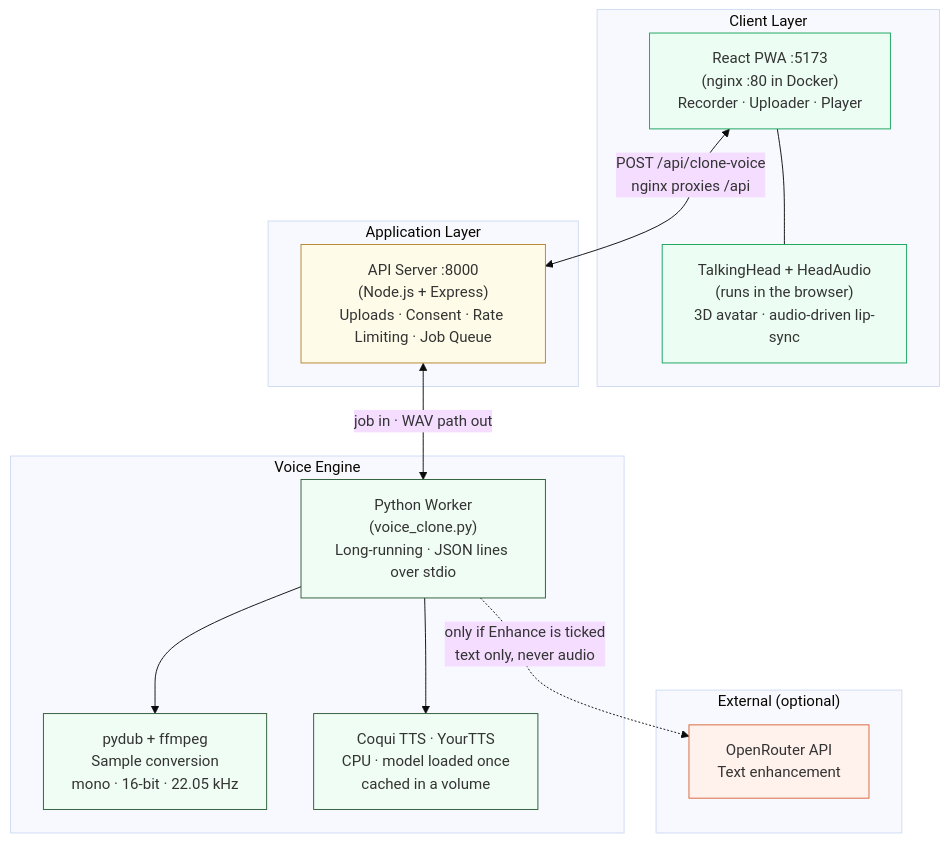
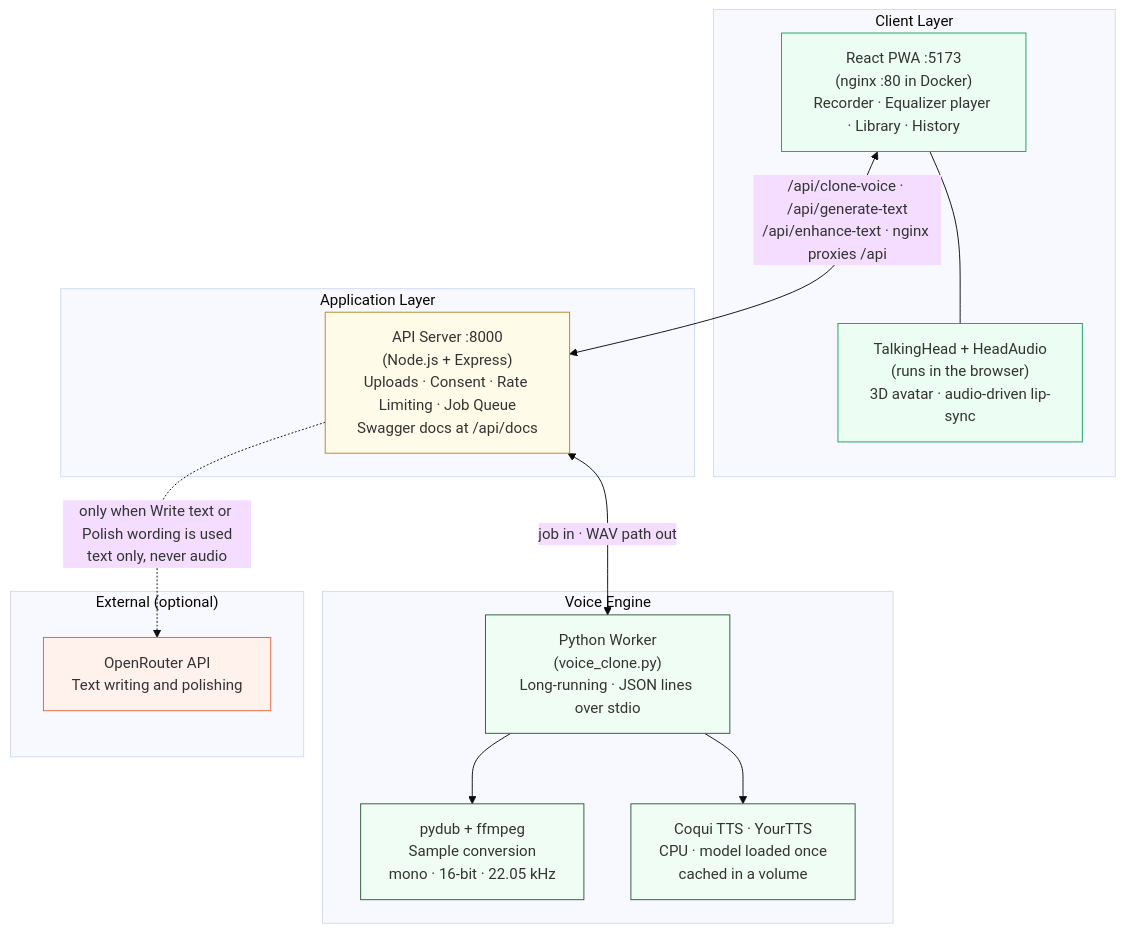
Before and after one commit to jbcanillo/echo: the diagram in README.md, drawn with Mermaid (base theme). The commit also changed other lines of this file and 25 other files, not shown here.

````diff
--- a/README.md
+++ b/README.md
@@ -33,38 +35,38 @@
 ```mermaid
 graph TB
     subgraph clientLayer["Client Layer"]
-        pwa["React PWA :5173<br/>(nginx :80 in Docker)<br/>Recorder · Uploader · Player"]
+        pwa["React PWA :5173<br/>(nginx :80 in Docker)<br/>Recorder · Equalizer player · Library · History"]
         avatar["TalkingHead + HeadAudio<br/>(runs in the browser)<br/>3D avatar · audio-driven lip-sync"]
     end
 
     subgraph appLayer["Application Layer"]
-        api["API Server :8000<br/>(Node.js + Express)<br/>Uploads · Consent · Rate Limiting · Job Queue"]
+        api["API Server :8000<br/>(Node.js + Express)<br/>Uploads · Consent · Rate Limiting · Job Queue<br/>Swagger docs at /api/docs"]
     end
 
     subgraph engineLayer["Voice Engine"]
         worker["Python Worker<br/>(voice_clone.py)<br/>Long-running · JSON lines over stdio"]
         ffmpeg["pydub + ffmpeg<br/>Sample conversion<br/>mono · 16-bit · 22.05 kHz"]
         tts["Coqui TTS · YourTTS<br/>CPU · model loaded once<br/>cached in a volume"]
     end
 
     subgraph externalLayer["External (optional)"]
-        openrouter["OpenRouter API<br/>Text enhancement"]
+        openrouter["OpenRouter API<br/>Text writing and polishing"]
     end
 
-    pwa <-->|"POST /api/clone-voice<br/>nginx proxies /api"| api
+    pwa <-->|"/api/clone-voice · /api/generate-text<br/>/api/enhance-text · nginx proxies /api"| api
     pwa --- avatar
     api <-->|"job in · WAV path out"| worker
     worker --> ffmpeg
     worker --> tts
-    worker -.->|"only if Enhance is ticked<br/>text only, never audio"| openrouter
+    api -.->|"only when Write text or Polish wording is used<br/>text only, never audio"| openrouter
 
     classDef client stroke:#18a35c,fill:#ecfdf3
     classDef app stroke:#b9832b,fill:#fefce8
     classDef engine stroke:#2c5b36,fill:#f0fdf4
     classDef external stroke:#d9663a,fill:#fff1ec
 
     class pwa,avatar client
     class api app
     class worker,ffmpeg,tts engine
     class openrouter external
 ```
````
